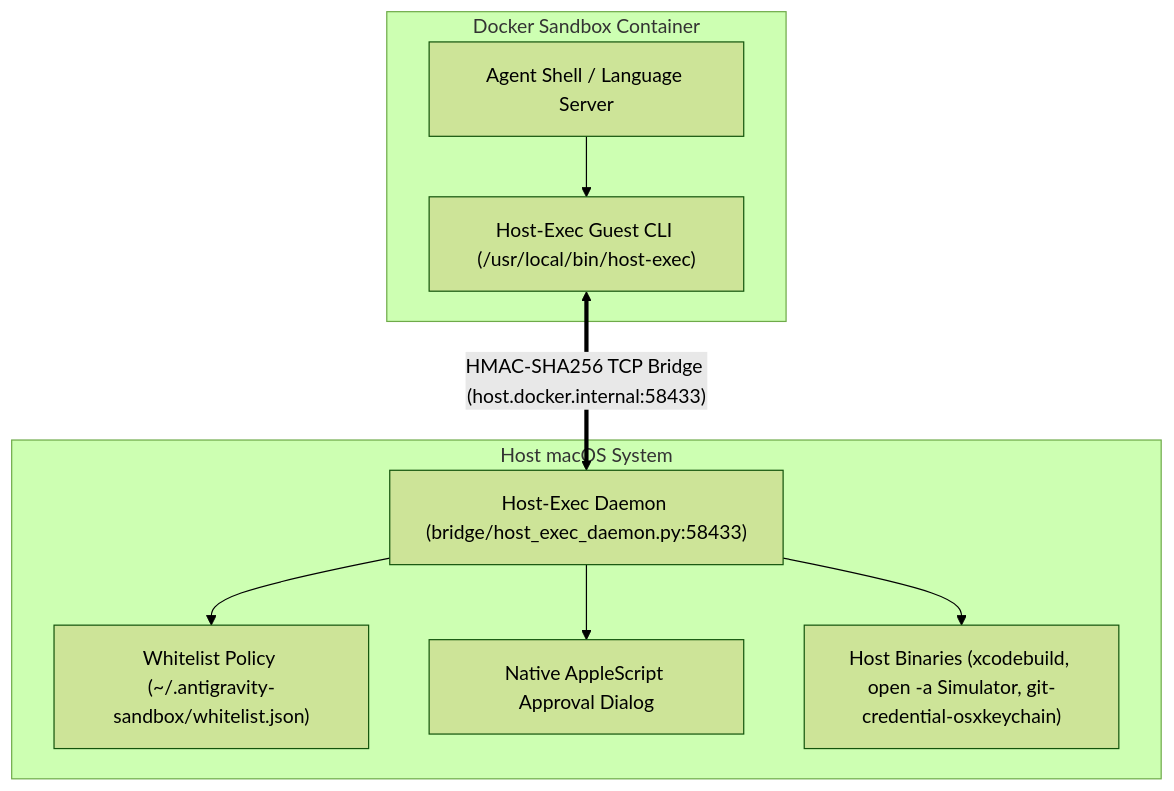
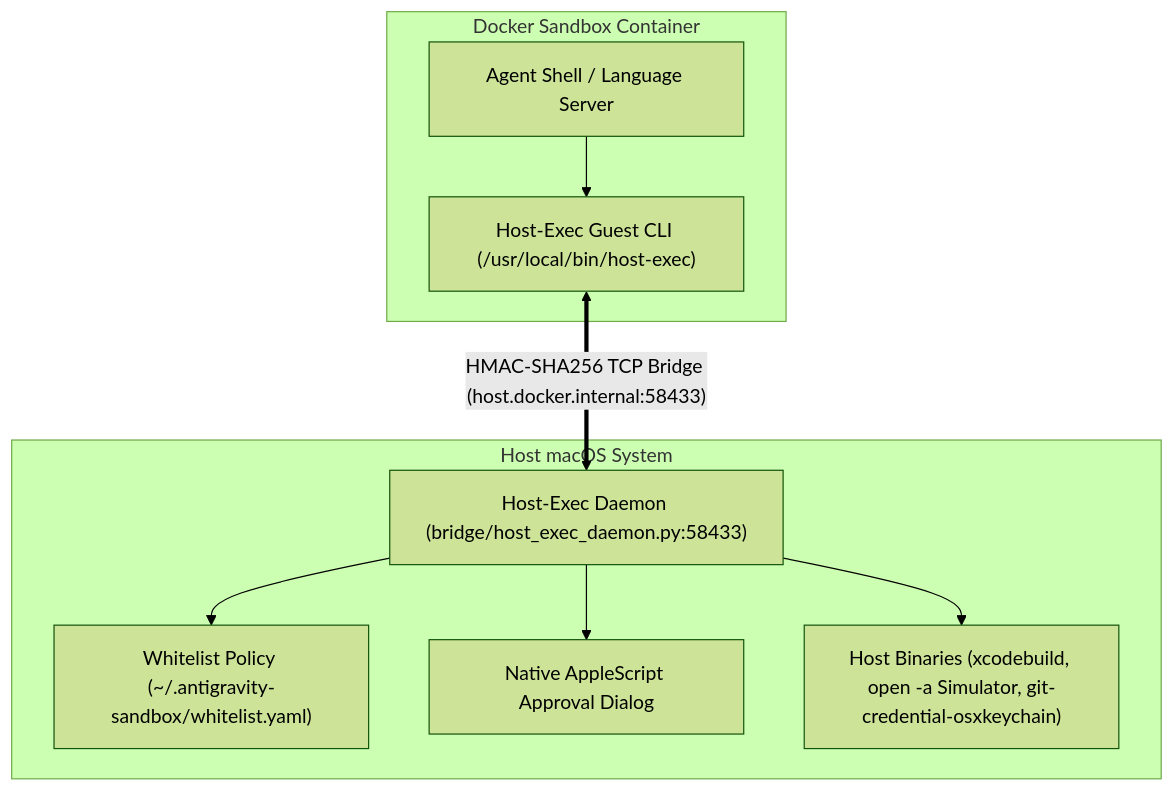
One commit to battery-staple/antigravity-container changed the fourth of 5 diagrams in design/antigravity_sandbox_architecture.md. Above: the diagram before and after it, drawn with Mermaid (forest theme). The commit also changed other lines of this file and 8 other files, not shown here.

First line of the commit message:
Migrate whitelist configuration from JSON to YAML

````diff
--- a/design/antigravity_sandbox_architecture.md
+++ b/design/antigravity_sandbox_architecture.md
@@ -232,21 +228,21 @@
 ```mermaid
 flowchart TB
     subgraph Host_macOS ["Host macOS System"]
         DAEMON["Host-Exec Daemon (bridge/host_exec_daemon.py:58433)"]
-        POLICY["Whitelist Policy (~/.antigravity-sandbox/whitelist.json)"]
+        POLICY["Whitelist Policy (~/.antigravity-sandbox/whitelist.yaml)"]
         PROMPT["Native AppleScript Approval Dialog"]
         HOST_BIN["Host Binaries (xcodebuild, open -a Simulator, git-credential-osxkeychain)"]
 
         DAEMON --> POLICY
         DAEMON --> PROMPT
         DAEMON --> HOST_BIN
     end
 
     subgraph Sandbox_Container ["Docker Sandbox Container"]
         AGENT["Agent Shell / Language Server"]
         CLIENT["Host-Exec Guest CLI (/usr/local/bin/host-exec)"]
         AGENT --> CLIENT
     end
 
     CLIENT <==>|"HMAC-SHA256 TCP Bridge (host.docker.internal:58433)"| DAEMON
 ```
````
